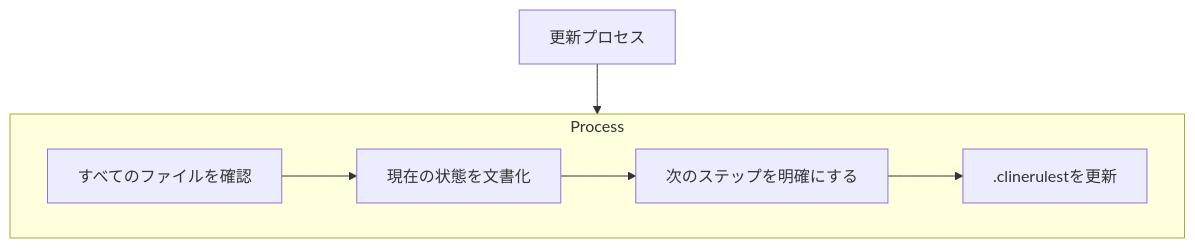
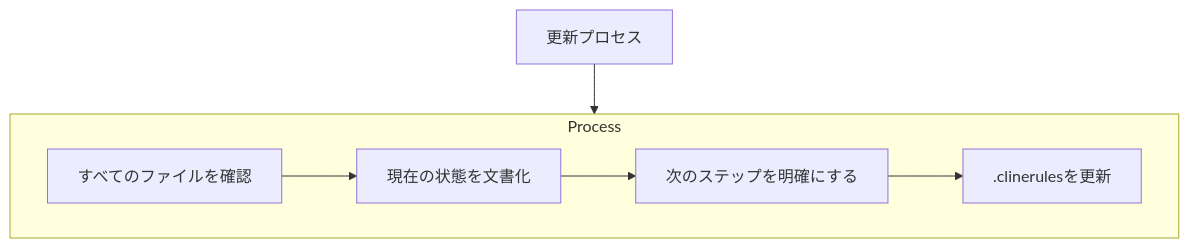
One commit to cline/cline changed the fourth of 5 diagrams in docs_ja/prompting/custom instructions library/raw-instructions/cline-memory-bank.md. Above: the diagram before and after it, drawn with Mermaid. The commit also changed other lines of this file, not shown here.

````diff
--- a/docs_ja/prompting/custom instructions library/raw-instructions/cline-memory-bank.md
+++ b/docs_ja/prompting/custom instructions library/raw-instructions/cline-memory-bank.md
@@ -101,15 +101,15 @@
 ```mermaid
 flowchart TD
     Start[更新プロセス]
     
     subgraph Process
         P1[すべてのファイルを確認]
         P2[現在の状態を文書化]
         P3[次のステップを明確にする]
-        P4[.clinerulestを更新]
+        P4[.clinerulesを更新]
         
         P1 --> P2 --> P3 --> P4
     end
     
     Start --> Process
 ```
````
